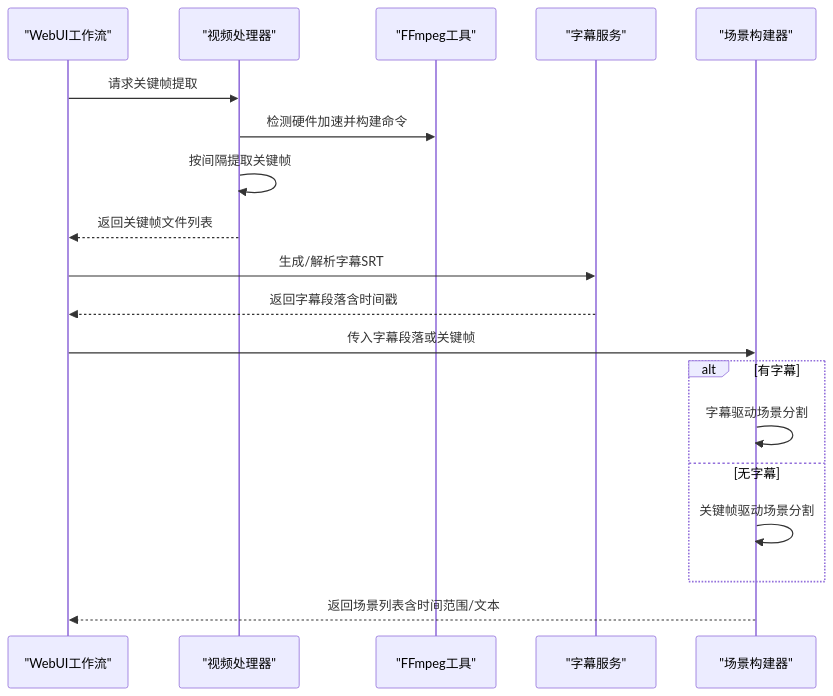
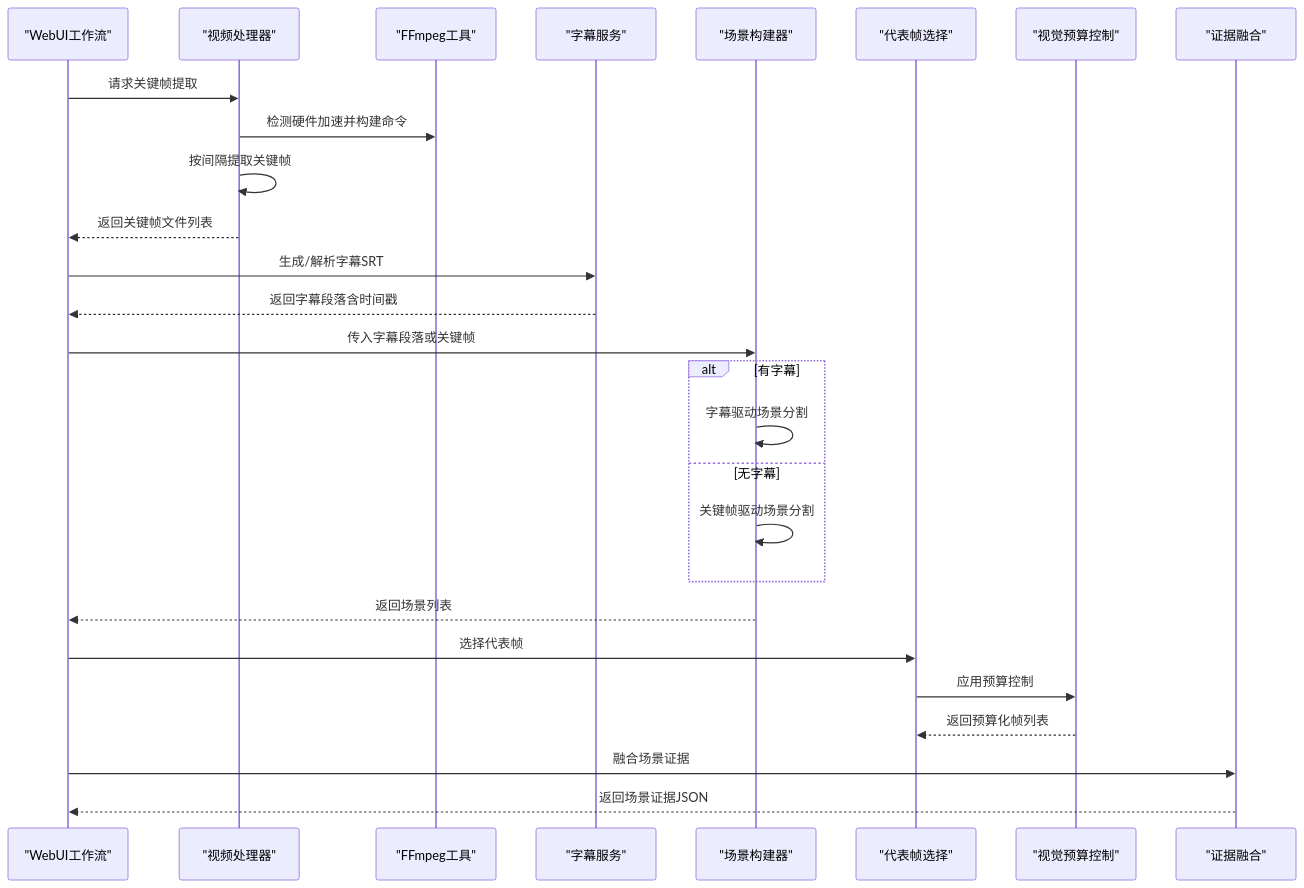
The second of 10 diagrams in .qoder/repowiki/zh/content/核心功能/视频处理服务/场景构建器.md (wowoduang/AIVideoClaude), drawn with Mermaid before and after one commit. The commit also changed other lines of this file and 26 other files, not shown here.

````diff
--- a/.qoder/repowiki/zh/content/核心功能/视频处理服务/场景构建器.md
+++ b/.qoder/repowiki/zh/content/核心功能/视频处理服务/场景构建器.md
@@ -125,21 +170,29 @@
 ```mermaid
 sequenceDiagram
 participant UI as "WebUI工作流"
 participant VP as "视频处理器"
 participant FU as "FFmpeg工具"
 participant ST as "字幕服务"
 participant SB as "场景构建器"
+participant FS as "代表帧选择"
+participant CG as "视觉预算控制"
+participant EF as "证据融合"
 UI->>VP : 请求关键帧提取
 VP->>FU : 检测硬件加速并构建命令
 VP->>VP : 按间隔提取关键帧
 VP-->>UI : 返回关键帧文件列表
 UI->>ST : 生成/解析字幕SRT
 ST-->>UI : 返回字幕段落含时间戳
 UI->>SB : 传入字幕段落或关键帧
 alt 有字幕
 SB->>SB : 字幕驱动场景分割
 else 无字幕
 SB->>SB : 关键帧驱动场景分割
 end
-SB-->>UI : 返回场景列表含时间范围/文本
+SB-->>UI : 返回场景列表
+UI->>FS : 选择代表帧
+FS->>CG : 应用预算控制
+CG-->>FS : 返回预算化帧列表
+UI->>EF : 融合场景证据
+EF-->>UI : 返回场景证据JSON
 ```
````
